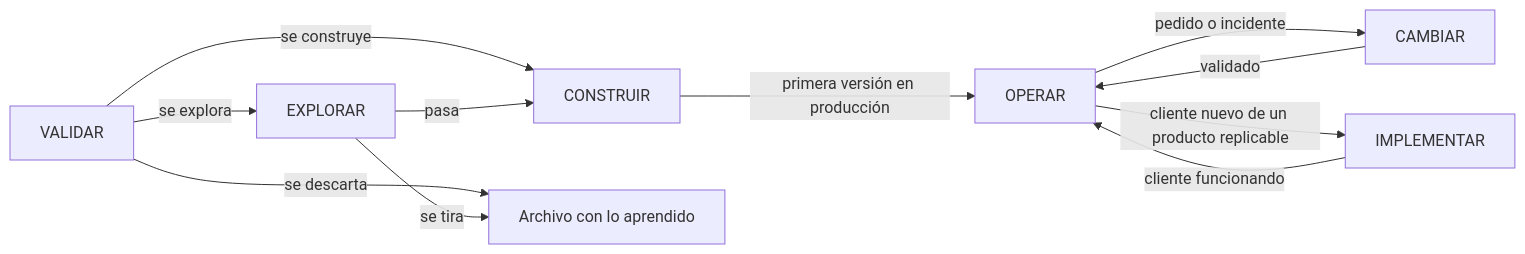
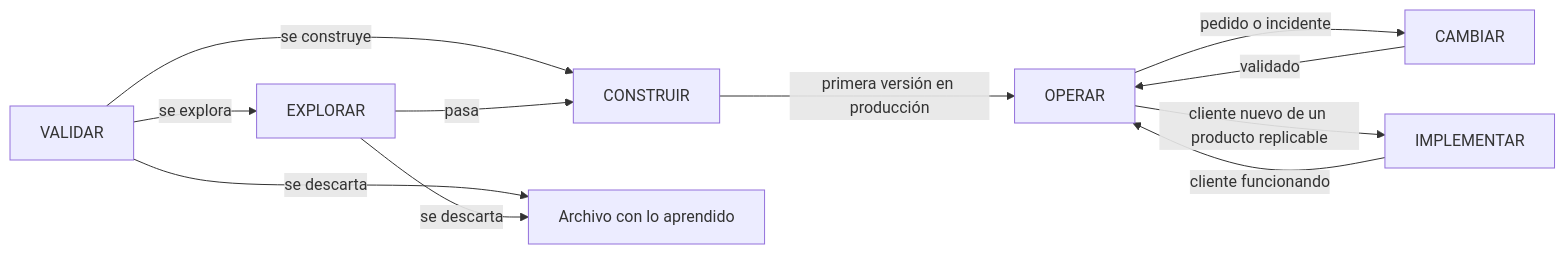
The second of 2 diagrams in plugins/gzsm/skills/gzsm/references/metodologia.md (giuliano-z/gzsm), drawn with Mermaid before and after one commit. The commit also changed other lines of this file and 46 other files, not shown here.

````diff
--- a/plugins/gzsm/skills/gzsm/references/metodologia.md
+++ b/plugins/gzsm/skills/gzsm/references/metodologia.md
@@ -89,13 +89,13 @@
 ```mermaid
 flowchart LR
   VA["VALIDAR"] -- "se explora" --> EX["EXPLORAR"]
   VA -- "se construye" --> CO["CONSTRUIR"]
   VA -- "se descarta" --> AR["Archivo con lo aprendido"]
   EX -- "pasa" --> CO
-  EX -- "se tira" --> AR
+  EX -- "se descarta" --> AR
   CO -- "primera versión en producción" --> OP["OPERAR"]
   OP -- "pedido o incidente" --> CA["CAMBIAR"]
   CA -- "validado" --> OP
   OP -- "cliente nuevo de un producto replicable" --> IM["IMPLEMENTAR"]
   IM -- "cliente funcionando" --> OP
 ```
````
